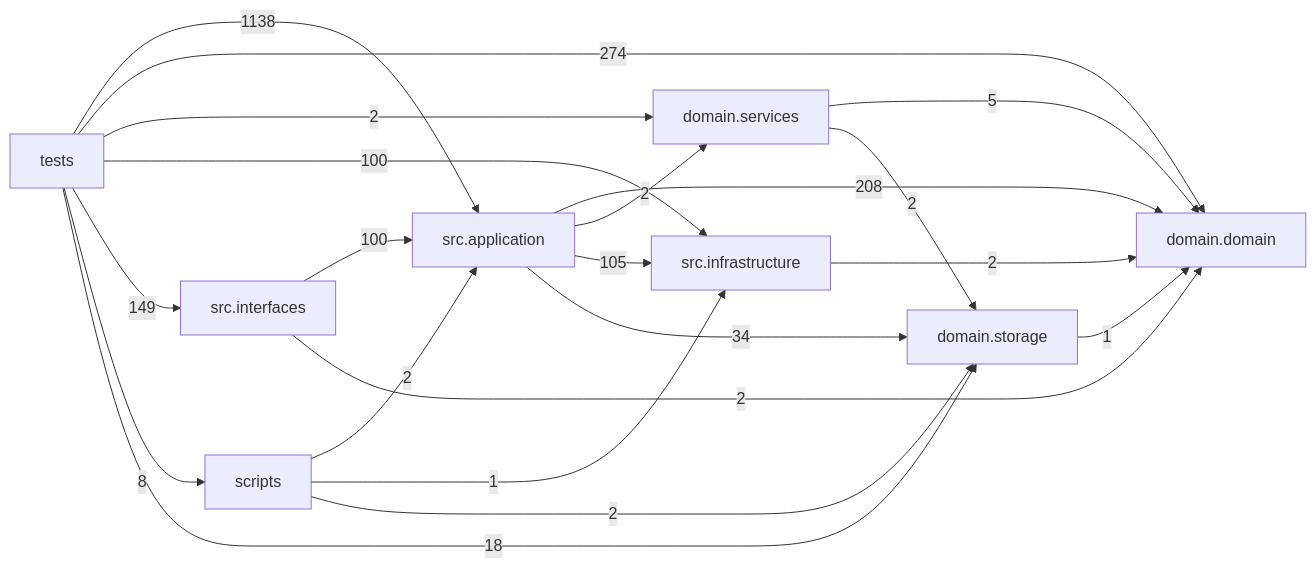
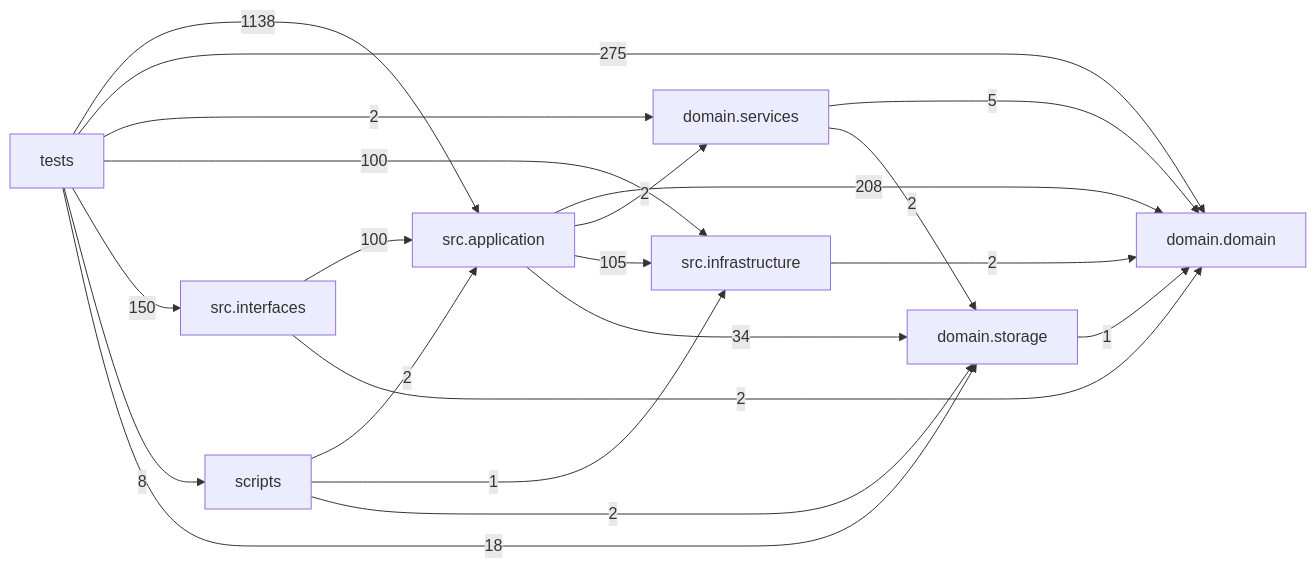
Before and after one commit to liuxie066/options-monitor: the diagram in docs/DEPENDENCY_GRAPH.md, drawn with Mermaid. The commit also changed other lines of this file and 5 other files, not shown here.

````diff
--- a/docs/DEPENDENCY_GRAPH.md
+++ b/docs/DEPENDENCY_GRAPH.md
@@ -24,31 +24,31 @@
 ```mermaid
 flowchart LR
   tests["tests"]
   scripts["scripts"]
   interfaces["src.interfaces"]
   application["src.application"]
   infrastructure["src.infrastructure"]
   domain_services["domain.services"]
   domain["domain.domain"]
   storage["domain.storage"]
   application -->|208| domain
   application -->|2| domain_services
   application -->|105| infrastructure
   application -->|34| storage
   domain_services -->|5| domain
   domain_services -->|2| storage
   infrastructure -->|2| domain
   interfaces -->|100| application
   interfaces -->|2| domain
   scripts -->|2| application
   scripts -->|1| infrastructure
   scripts -->|2| storage
   storage -->|1| domain
   tests -->|1138| application
-  tests -->|274| domain
+  tests -->|275| domain
   tests -->|2| domain_services
   tests -->|100| infrastructure
-  tests -->|149| interfaces
+  tests -->|150| interfaces
   tests -->|8| scripts
   tests -->|18| storage
 ```
````
